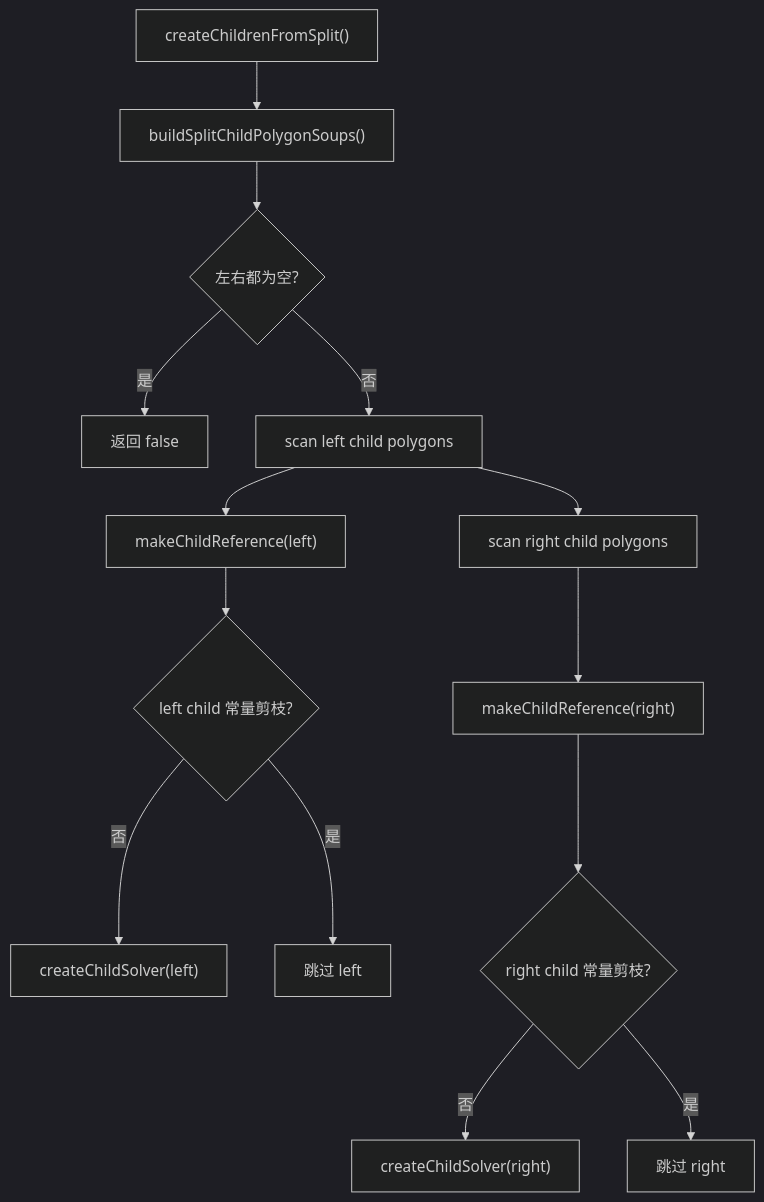
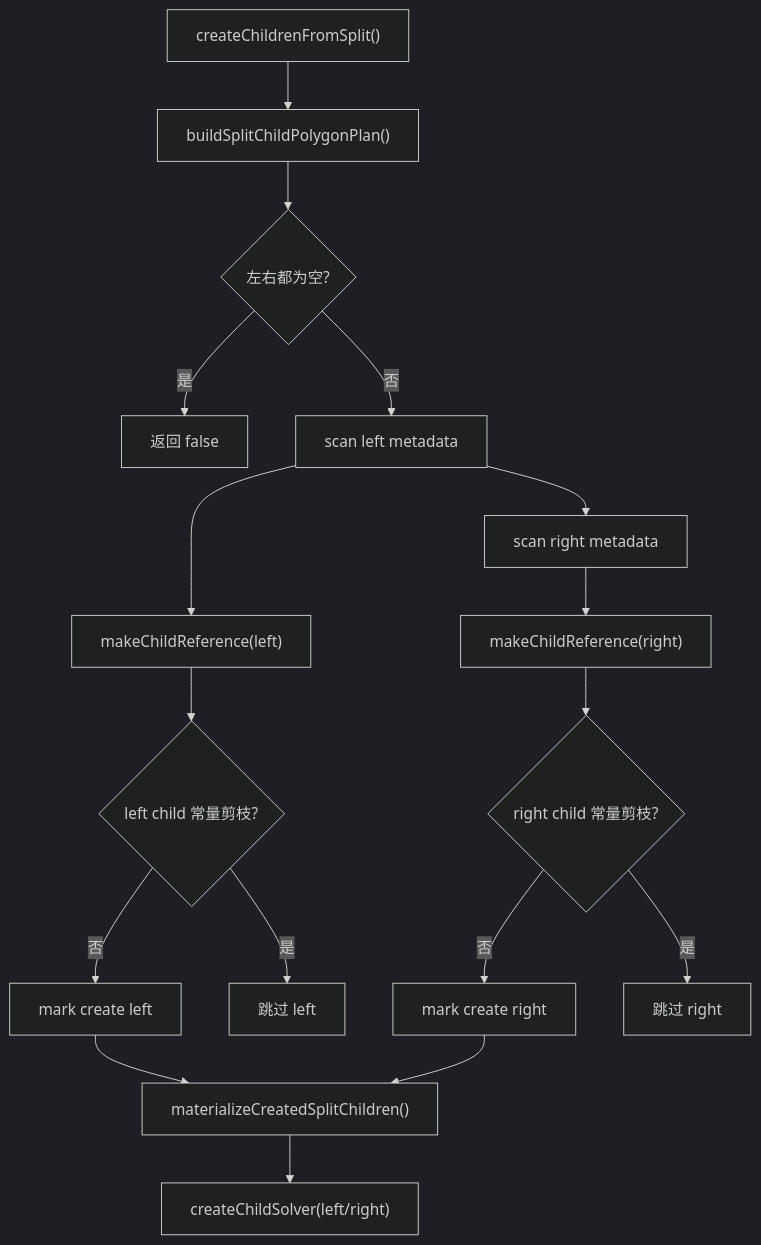
Before and after one commit to SDU-YueQiu/re-EMBER: the sixth of 13 diagrams in docs/core-logic-flow.md, drawn with Mermaid (dark theme). The commit also changed other lines of this file and 5 other files, not shown here.

````diff
--- a/docs/core-logic-flow.md
+++ b/docs/core-logic-flow.md
@@ -205,16 +206,19 @@
 ```mermaid
 flowchart TD
-    A["createChildrenFromSplit()"] --> B["buildSplitChildPolygonSoups()"]
+    A["createChildrenFromSplit()"] --> B["buildSplitChildPolygonPlan()"]
     B --> C{"左右都为空?"}
     C -->|是| D["返回 false"]
-    C -->|否| E["scan left child polygons"]
+    C -->|否| E["scan left metadata"]
     E --> F["makeChildReference(left)"]
     F --> G{"left child 常量剪枝?"}
-    G -->|否| H["createChildSolver(left)"]
+    G -->|否| H["mark create left"]
     G -->|是| I["跳过 left"]
-    E --> J["scan right child polygons"]
+    E --> J["scan right metadata"]
     J --> K["makeChildReference(right)"]
     K --> L{"right child 常量剪枝?"}
-    L -->|否| M["createChildSolver(right)"]
+    L -->|否| M["mark create right"]
     L -->|是| N["跳过 right"]
+    H --> O["materializeCreatedSplitChildren()"]
+    M --> O
+    O --> P["createChildSolver(left/right)"]
 ```
````
